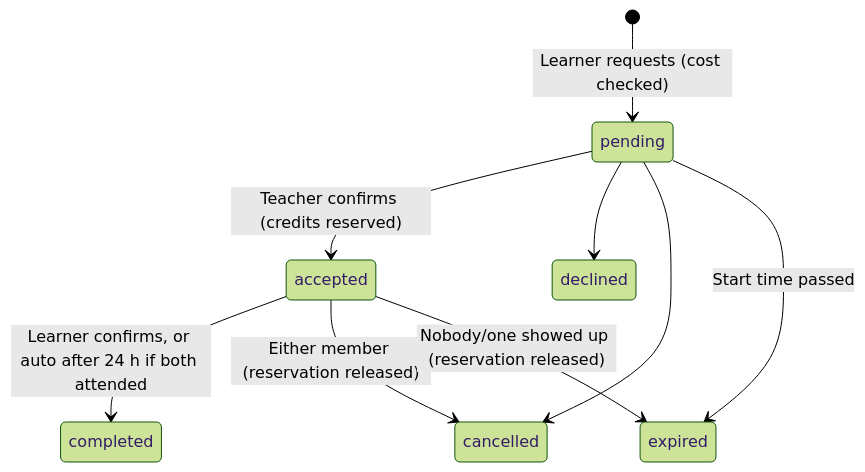
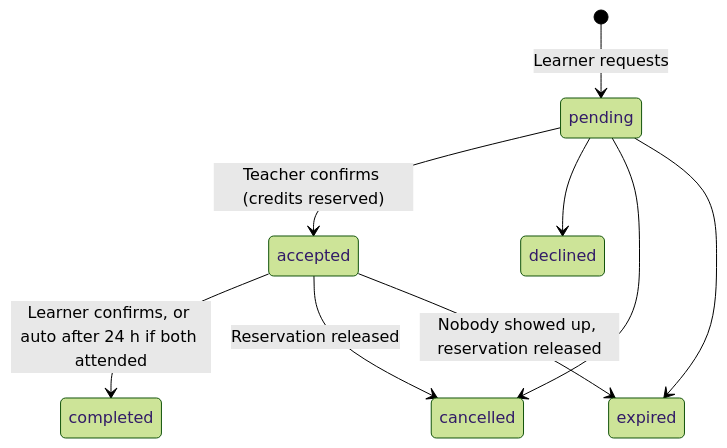
The second of 2 diagrams in README.md (eeemrann/skillswap), drawn with Mermaid (forest theme) before and after one commit. The commit also changed other lines of this file and 12 other files, not shown here.

````diff
--- a/README.md
+++ b/README.md
@@ -72,11 +125,11 @@
 ```mermaid
 stateDiagram-v2
-    [*] --> pending: Learner requests (cost checked)
+    [*] --> pending: Learner requests
     pending --> accepted: Teacher confirms (credits reserved)
     pending --> declined
     pending --> cancelled
-    pending --> expired: Start time passed
+    pending --> expired
     accepted --> completed: Learner confirms, or auto after 24 h if both attended
-    accepted --> cancelled: Either member (reservation released)
-    accepted --> expired: Nobody/one showed up (reservation released)
+    accepted --> cancelled: Reservation released
+    accepted --> expired: Nobody showed up, reservation released
 ```
````
